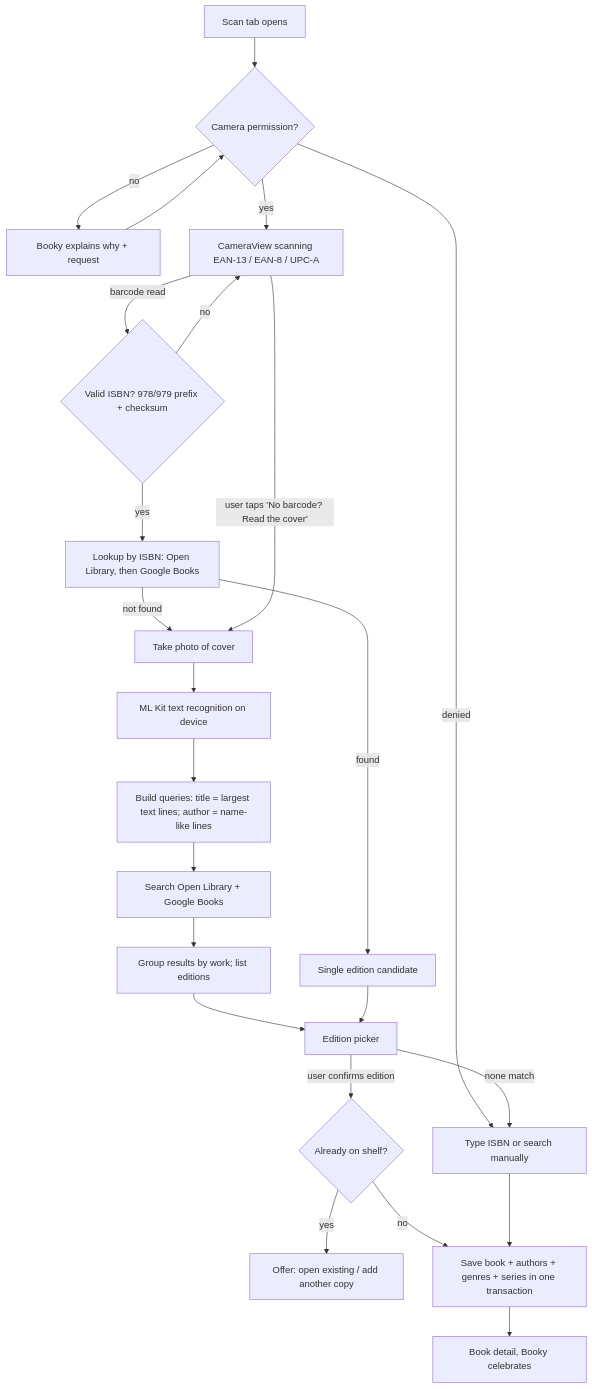
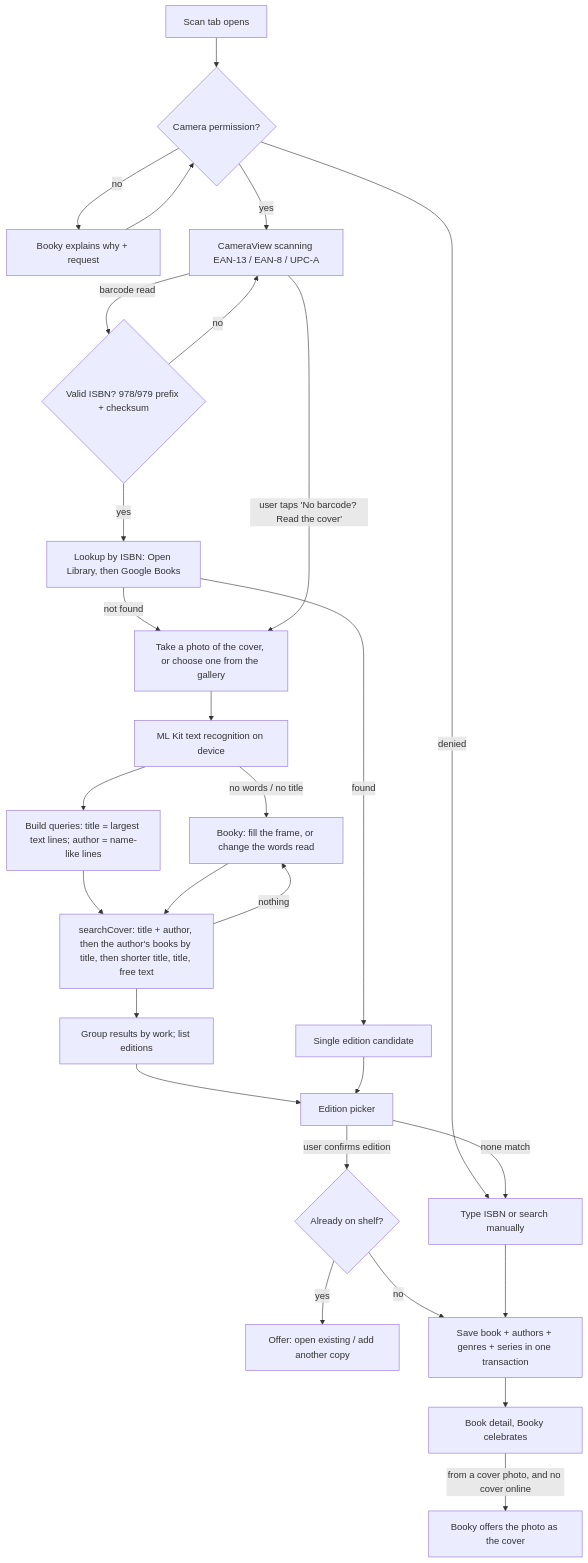
Before and after one commit to asorichetti/MyShelf: the third of 3 diagrams in PLAN.md, drawn with Mermaid. The commit also changed other lines of this file and 8 other files, not shown here.

````diff
--- a/PLAN.md
+++ b/PLAN.md
@@ -411,25 +412,29 @@
 ```mermaid
 flowchart TD
   A[Scan tab opens] --> P{Camera permission?}
   P -- no --> PR[Booky explains why + request] --> P
   P -- denied --> MAN[Type ISBN or search manually]
   P -- yes --> B[CameraView scanning EAN-13 / EAN-8 / UPC-A]
   B -->|barcode read| V{Valid ISBN? 978/979 prefix + checksum}
   V -- yes --> L[Lookup by ISBN: Open Library, then Google Books]
   V -- no --> B
   L -->|found| C1[Single edition candidate]
   L -->|not found| O
-  B -->|user taps 'No barcode? Read the cover'| O[Take photo of cover]
+  B -->|user taps 'No barcode? Read the cover'| O[Take a photo of the cover, or choose one from the gallery]
   O --> T[ML Kit text recognition on device]
+  T -->|no words / no title| FIX[Booky: fill the frame, or change the words read]
   T --> Q[Build queries: title = largest text lines; author = name-like lines]
-  Q --> S[Search Open Library + Google Books]
+  Q --> S[searchCover: title + author, then the author's books by title, then shorter title, title, free text]
+  S -->|nothing| FIX
+  FIX --> S
   S --> W[Group results by work; list editions]
   W --> EP[Edition picker]
   C1 --> EP
   EP -->|user confirms edition| D{Already on shelf?}
   D -- yes --> DUP[Offer: open existing / add another copy]
   D -- no --> SAVE[Save book + authors + genres + series in one transaction]
   EP -->|none match| MAN
   MAN --> SAVE
   SAVE --> DET[Book detail, Booky celebrates]
+  DET -->|from a cover photo, and no cover online| PH[Booky offers the photo as the cover]
 ```
````
